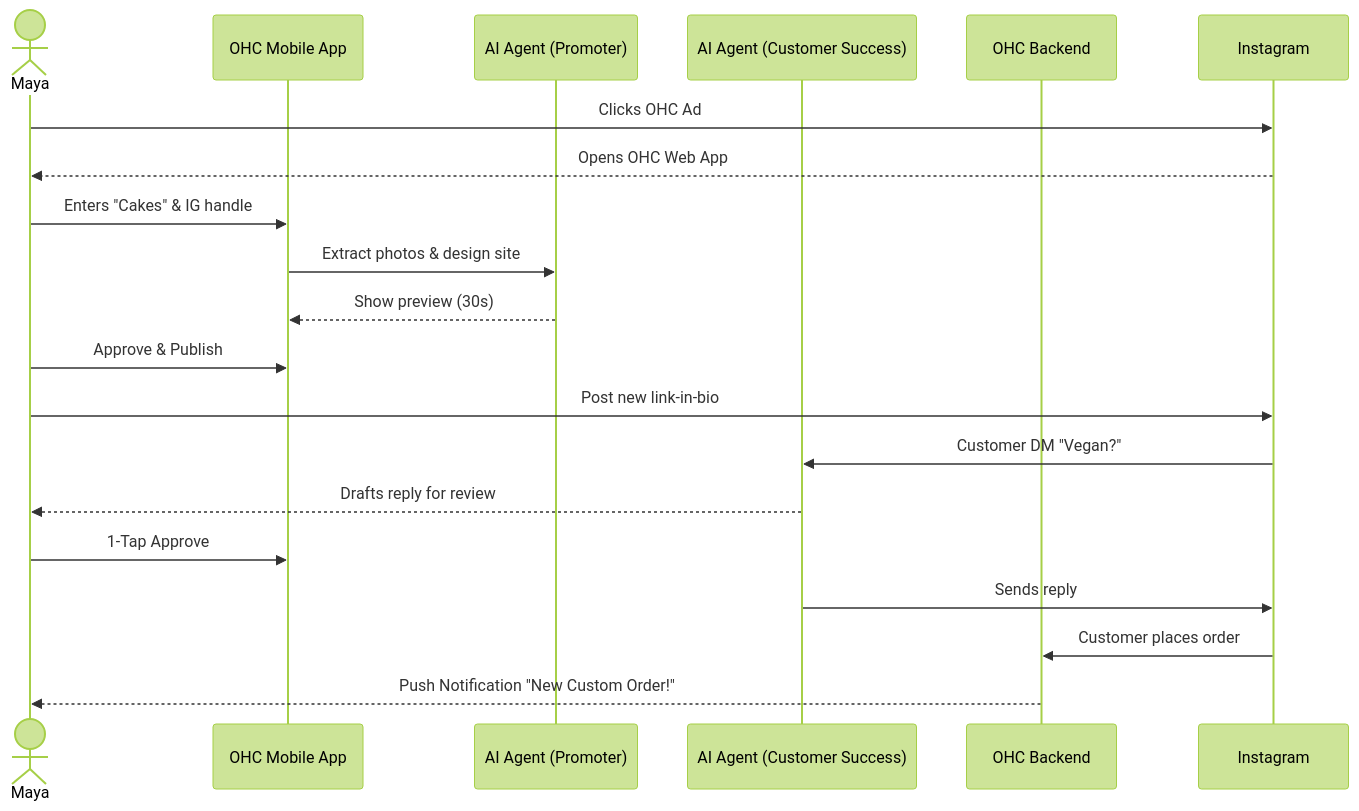
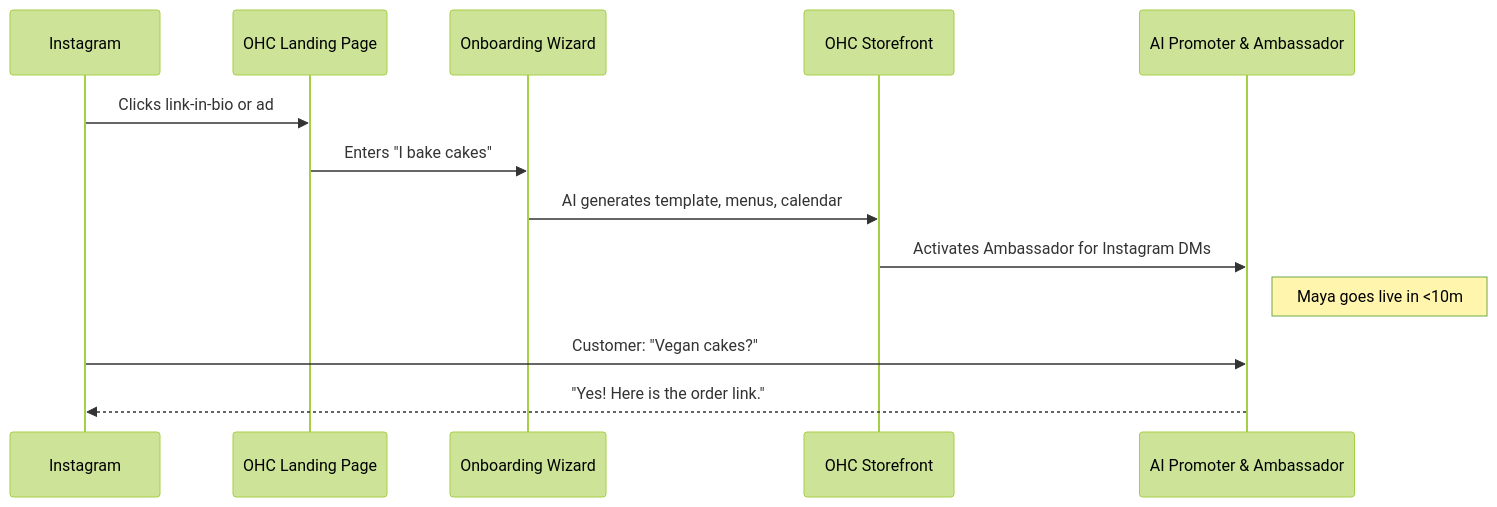
Before and after one commit to omnisolo-llc/onehumancorp: the first of 5 diagrams in docs/architecture/ohc_business_journey_architecture.md, drawn with Mermaid (forest theme). The commit also changed other lines of this file, not shown here.

First line of the commit message:
docs: update OHC Business Journey Architecture to match the latest AARRR funnel and personas

````diff
--- a/docs/architecture/ohc_business_journey_architecture.md
+++ b/docs/architecture/ohc_business_journey_architecture.md
@@ -18,23 +12,16 @@
 ```mermaid
 sequenceDiagram
-    actor Maya
-    participant OHC Mobile App
-    participant AI Agent (Promoter)
-    participant AI Agent (Customer Success)
-    participant OHC Backend
     participant Instagram
+    participant Landing as OHC Landing Page
+    participant Wizard as Onboarding Wizard
+    participant Store as OHC Storefront
+    participant AI as AI Promoter & Ambassador
 
-    Maya->>Instagram: Clicks OHC Ad
-    Instagram-->>Maya: Opens OHC Web App
-    Maya->>OHC Mobile App: Enters "Cakes" & IG handle
-    OHC Mobile App->>AI Agent (Promoter): Extract photos & design site
-    AI Agent (Promoter)-->>OHC Mobile App: Show preview (30s)
-    Maya->>OHC Mobile App: Approve & Publish
-    Maya->>Instagram: Post new link-in-bio
-    Instagram->>AI Agent (Customer Success): Customer DM "Vegan?"
-    AI Agent (Customer Success)-->>Maya: Drafts reply for review
-    Maya->>OHC Mobile App: 1-Tap Approve
-    AI Agent (Customer Success)->>Instagram: Sends reply
-    Instagram->>OHC Backend: Customer places order
-    OHC Backend-->>Maya: Push Notification "New Custom Order!"
+    Instagram->>Landing: Clicks link-in-bio or ad
+    Landing->>Wizard: Enters "I bake cakes"
+    Wizard->>Store: AI generates template, menus, calendar
+    Store->>AI: Activates Ambassador for Instagram DMs
+    Note right of AI: Maya goes live in <10m
+    Instagram->>AI: Customer: "Vegan cakes?"
+    AI-->>Instagram: "Yes! Here is the order link."
 ```
````
